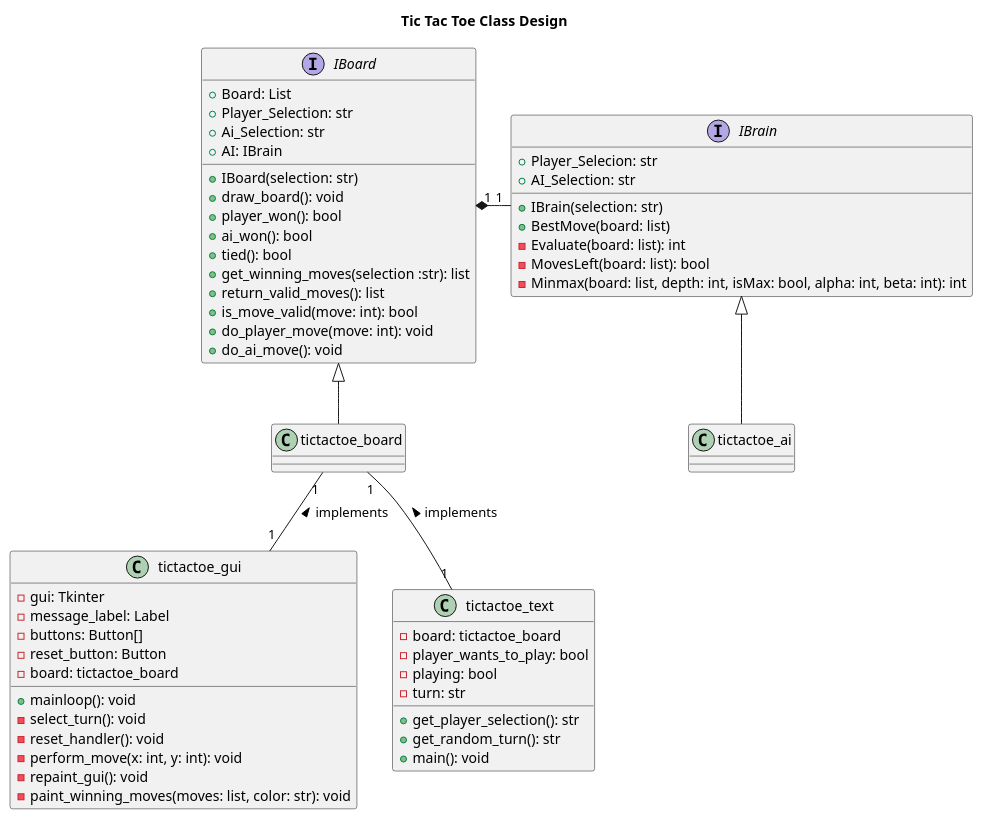
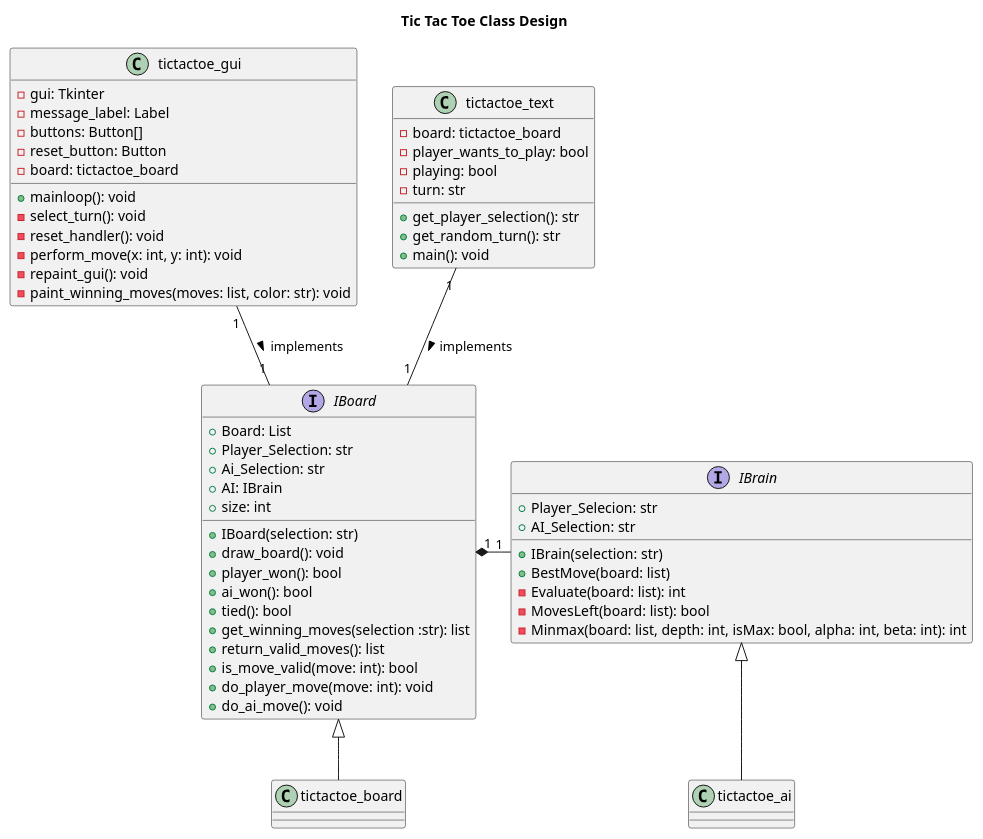
Before and after one commit to mcc-sw-eng-course/python-programs-Sr-samuel: the diagram in L8/code/class_diagram.puml, drawn with PlantUML. The commit also changed 1 other file, not shown here.

```diff
--- a/L8/code/class_diagram.puml
+++ b/L8/code/class_diagram.puml
@@ -1,69 +1,70 @@
 @startuml
 
 title Tic Tac Toe Class Design
 
 interface IBoard {
     +Board: List
     +Player_Selection: str
     +Ai_Selection: str
     +AI: IBrain
+    +size: int
 
     +IBoard(selection: str)
     +draw_board(): void
     +player_won(): bool
     +ai_won(): bool
     +tied(): bool
     +get_winning_moves(selection :str): list
     +return_valid_moves(): list
     +is_move_valid(move: int): bool
     +do_player_move(move: int): void
     +do_ai_move(): void
 }
 
 interface IBrain {
     +Player_Selecion: str
     +AI_Selection: str
 
     +IBrain(selection: str)
     +BestMove(board: list)
     -Evaluate(board: list): int
     -MovesLeft(board: list): bool
     -Minmax(board: list, depth: int, isMax: bool, alpha: int, beta: int): int
 }
 
 class tictactoe_board
 class tictactoe_ai
 
 class tictactoe_gui{
     -gui: Tkinter
     -message_label: Label
     -buttons: Button[]
     -reset_button: Button
     -board: tictactoe_board
     +mainloop(): void
     -select_turn(): void
     -reset_handler(): void
     -perform_move(x: int, y: int): void
     -repaint_gui(): void
     -paint_winning_moves(moves: list, color: str): void
 }
 
 class tictactoe_text{
     -board: tictactoe_board
     -player_wants_to_play: bool
     -playing: bool
     -turn: str
     +get_player_selection(): str
     +get_random_turn(): str
     +main(): void
 }
 
-tictactoe_gui "1" -up- "1" tictactoe_board: implements  >
-tictactoe_text "1" -up- "1" tictactoe_board: implements >
+tictactoe_gui "1" -down- "1" IBoard: implements  >
+tictactoe_text "1" -down- "1" IBoard: implements >
 
 IBoard "1" *-right- "1" IBrain
 
 IBoard <|-- tictactoe_board
 IBrain <|-- tictactoe_ai
 
 @enduml
```
